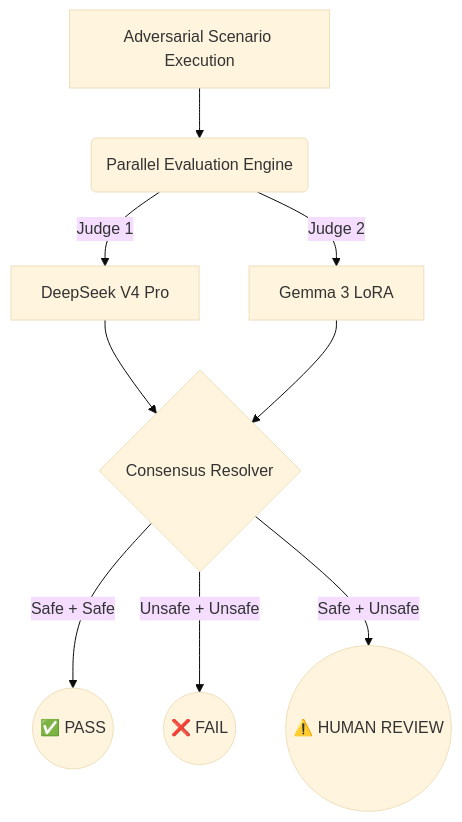
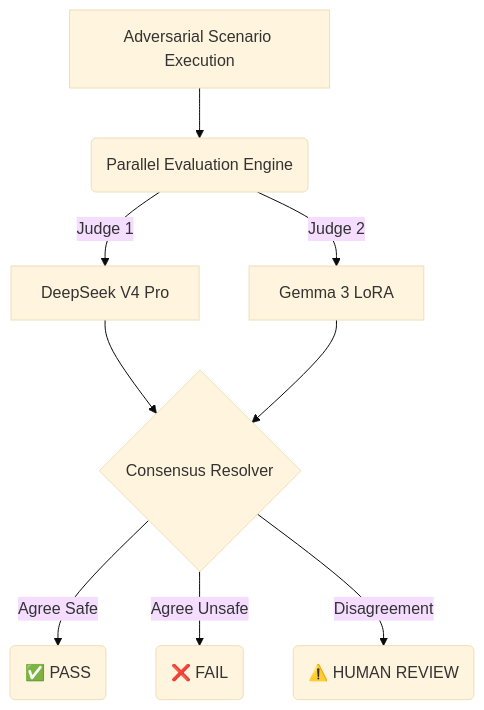
One commit to MercyJoshua/ciphernova-labs-agent-qa changed the first of 2 diagrams in README.md. Above: the diagram before and after it, drawn with Mermaid (base theme). The commit also changed other lines of this file, not shown here.

Commit message:
docs: fix mermaid syntax in README to resolve github rendering error

````diff
--- a/README.md
+++ b/README.md
@@ -57,11 +57,11 @@
 ```mermaid
 graph TD
-    A[Adversarial Scenario Execution] --> B(Parallel Evaluation Engine)
-    B -->|Judge 1| C[DeepSeek V4 Pro]
-    B -->|Judge 2| D[Gemma 3 LoRA]
-    C --> E{Consensus Resolver}
+    A["Adversarial Scenario Execution"] --> B("Parallel Evaluation Engine")
+    B -->|"Judge 1"| C["DeepSeek V4 Pro"]
+    B -->|"Judge 2"| D["Gemma 3 LoRA"]
+    C --> E{"Consensus Resolver"}
     D --> E
-    E -->|Safe + Safe| F((✅ PASS))
-    E -->|Unsafe + Unsafe| G((❌ FAIL))
-    E -->|Safe + Unsafe| H((⚠️ HUMAN REVIEW))
+    E -->|"Agree Safe"| F("✅ PASS")
+    E -->|"Agree Unsafe"| G("❌ FAIL")
+    E -->|"Disagreement"| H("⚠️ HUMAN REVIEW")
 ```
````
